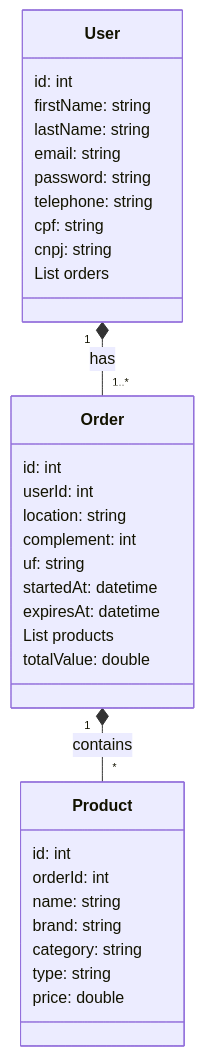
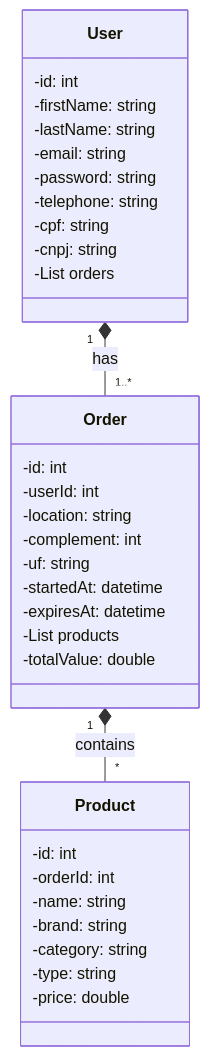
The diagram in README.md (lucasvir/luzcameraacao-api), drawn with Mermaid before and after one commit.

````diff
--- a/README.md
+++ b/README.md
@@ -5,39 +5,39 @@
 ```mermaid
 classDiagram
     class User {
-        id: int
-        firstName: string
-        lastName: string
-        email: string
-        password: string
-        telephone: string
-        cpf: string
-        cnpj: string
-        List<Order> orders
+        -id: int
+        -firstName: string
+        -lastName: string
+        -email: string
+        -password: string
+        -telephone: string
+        -cpf: string
+        -cnpj: string
+        -List<Order> orders
     }
     
     class Order {
-        id: int
-        userId: int
-        location: string
-        complement: int
-        uf: string
-        startedAt: datetime
-        expiresAt: datetime
-        List<Product> products
-        totalValue: double
+        -id: int
+        -userId: int
+        -location: string
+        -complement: int
+        -uf: string
+        -startedAt: datetime
+        -expiresAt: datetime
+        -List<Product> products
+        -totalValue: double
     }
     
     class Product {
-        id: int
-        orderId: int
-        name: string
-        brand: string
-        category: string
-        type: string
-        price: double
+        -id: int
+        -orderId: int
+        -name: string
+        -brand: string
+        -category: string
+        -type: string
+        -price: double
     }
     
     User "1" *-- "1..*" Order : has
     Order "1" *-- "*" Product : contains
 ```
````
